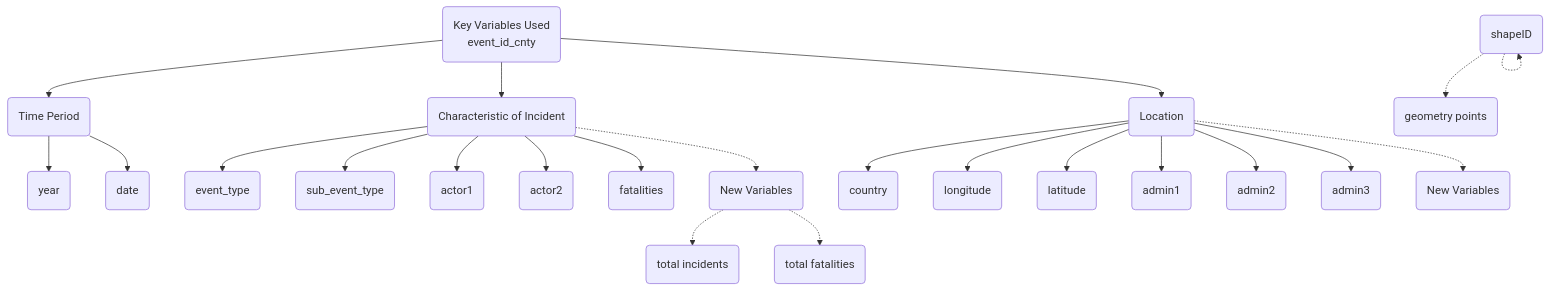
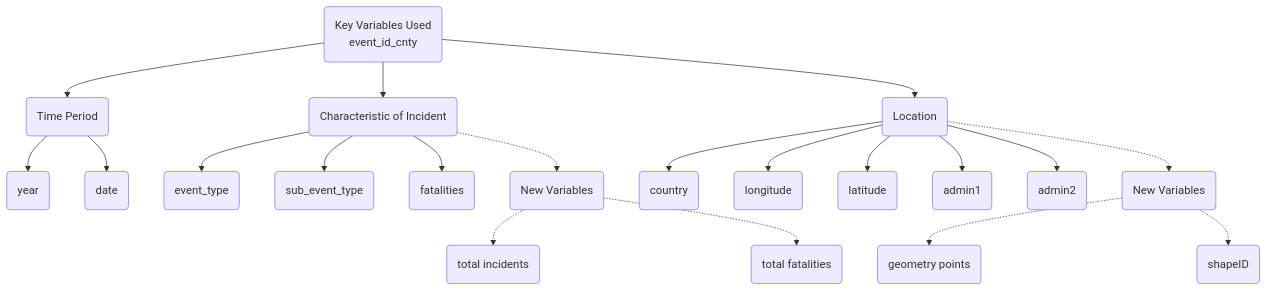
One commit to teoose/VAA-GroupProject-Netlify- changed the diagram in Prototype/Aspatial Analysis/AspatialAnalysis.qmd. Above: the diagram before and after it, drawn with Mermaid. The commit also changed 18 other files, not shown here.

````diff
--- a/Prototype/Aspatial Analysis/AspatialAnalysis.qmd
+++ b/Prototype/Aspatial Analysis/AspatialAnalysis.qmd
@@ -110,30 +110,27 @@
 ```{mermaid}
 %%| echo: false
 flowchart TD
   A(Key Variables Used \n event_id_cnty)
   A --> B(Time Period)
   A --> C(Characteristic of Incident)
   A --> D(Location)
   
   B --> E(year)
   B --> F(date)
 
   C --> G(event_type)
   C --> H(sub_event_type)
-  C --> I(actor1)
-  C --> J(actor2)
-  C --> K(fatalities)
-  C -.-> L(New Variables)
-  L -.-> M(total incidents)
-  L -.-> N(total fatalities)
+  C --> J(fatalities)
+  C -.-> K(New Variables)
+  K -.-> L(total incidents)
+  K -.-> M(total fatalities)
   
-  D --> O(country)
-  D --> P(longitude)
-  D --> Q(latitude)
-  D --> R(admin1)
-  D --> S(admin2)
-  D --> T(admin3)
-  D -.-> U(New Variables)
-  W -.-> V(geometry points)
-  W -.-> W(shapeID)
+  D --> N(country)
+  D --> O(longitude)
+  D --> P(latitude)
+  D --> Q(admin1)
+  D --> R(admin2)
+  D -.-> S(New Variables)
+  S -.-> T(geometry points)
+  S -.-> U(shapeID)
 ```
````
